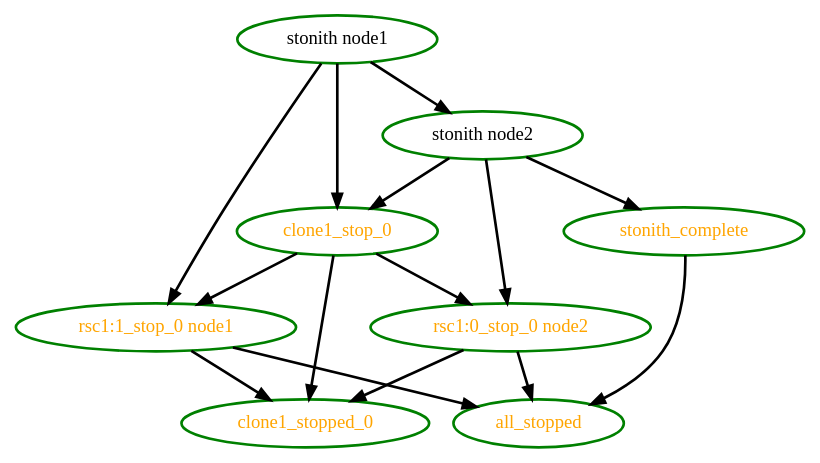
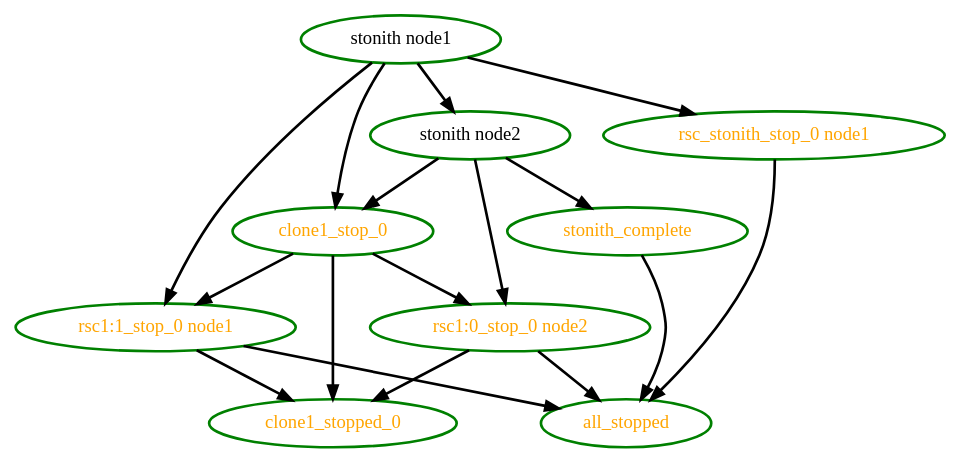
Before and after one commit to ClusterLabs/pacemaker: the diagram in pengine/test10/ticket-clone-9.dot, drawn with Graphviz. The commit also changed 15 other files, not shown here.

```diff
--- a/pengine/test10/ticket-clone-9.dot
+++ b/pengine/test10/ticket-clone-9.dot
@@ -1,24 +1,27 @@
 digraph "g" {
 "all_stopped" [ style=bold color="green" fontcolor="orange" ]
 "clone1_stop_0" -> "clone1_stopped_0" [ style = bold]
 "clone1_stop_0" -> "rsc1:0_stop_0 node2" [ style = bold]
 "clone1_stop_0" -> "rsc1:1_stop_0 node1" [ style = bold]
 "clone1_stop_0" [ style=bold color="green" fontcolor="orange" ]
 "clone1_stopped_0" [ style=bold color="green" fontcolor="orange" ]
 "rsc1:0_stop_0 node2" -> "all_stopped" [ style = bold]
 "rsc1:0_stop_0 node2" -> "clone1_stopped_0" [ style = bold]
 "rsc1:0_stop_0 node2" [ style=bold color="green" fontcolor="orange" ]
 "rsc1:1_stop_0 node1" -> "all_stopped" [ style = bold]
 "rsc1:1_stop_0 node1" -> "clone1_stopped_0" [ style = bold]
 "rsc1:1_stop_0 node1" [ style=bold color="green" fontcolor="orange" ]
+"rsc_stonith_stop_0 node1" -> "all_stopped" [ style = bold]
+"rsc_stonith_stop_0 node1" [ style=bold color="green" fontcolor="orange"]
 "stonith node1" -> "clone1_stop_0" [ style = bold]
 "stonith node1" -> "rsc1:1_stop_0 node1" [ style = bold]
+"stonith node1" -> "rsc_stonith_stop_0 node1" [ style = bold]
 "stonith node1" -> "stonith node2" [ style = bold]
 "stonith node1" [ style=bold color="green" fontcolor="black" ]
 "stonith node2" -> "clone1_stop_0" [ style = bold]
 "stonith node2" -> "rsc1:0_stop_0 node2" [ style = bold]
 "stonith node2" -> "stonith_complete" [ style = bold]
 "stonith node2" [ style=bold color="green" fontcolor="black" ]
 "stonith_complete" -> "all_stopped" [ style = bold]
 "stonith_complete" [ style=bold color="green" fontcolor="orange" ]
 }
```
